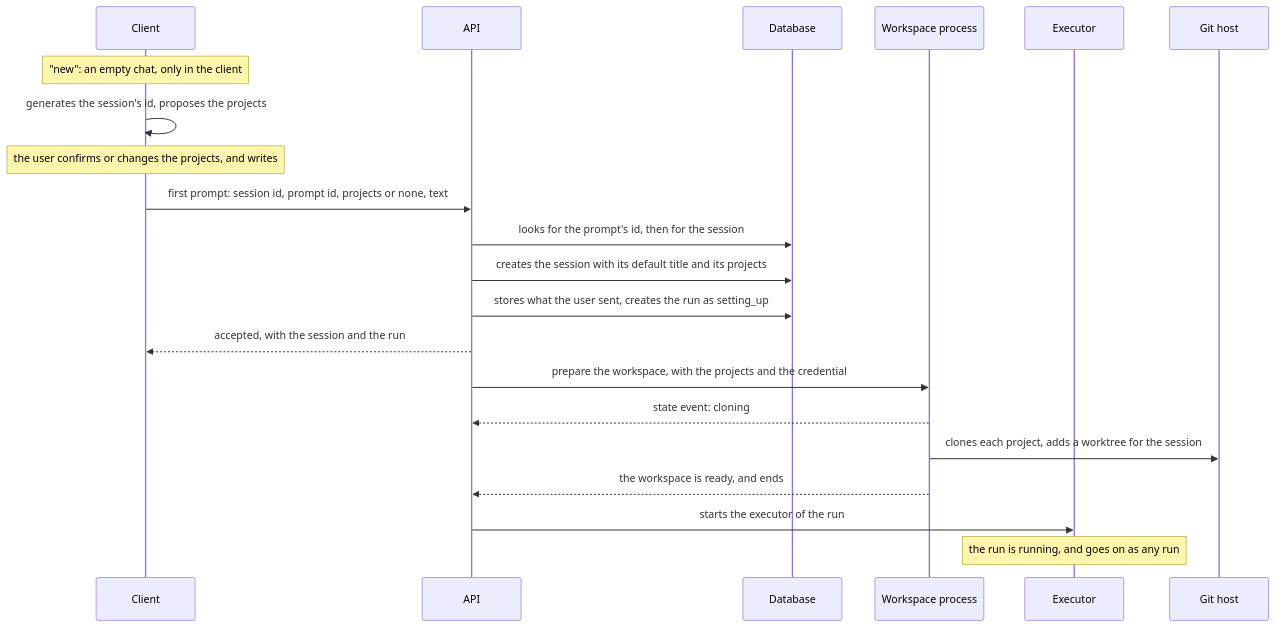
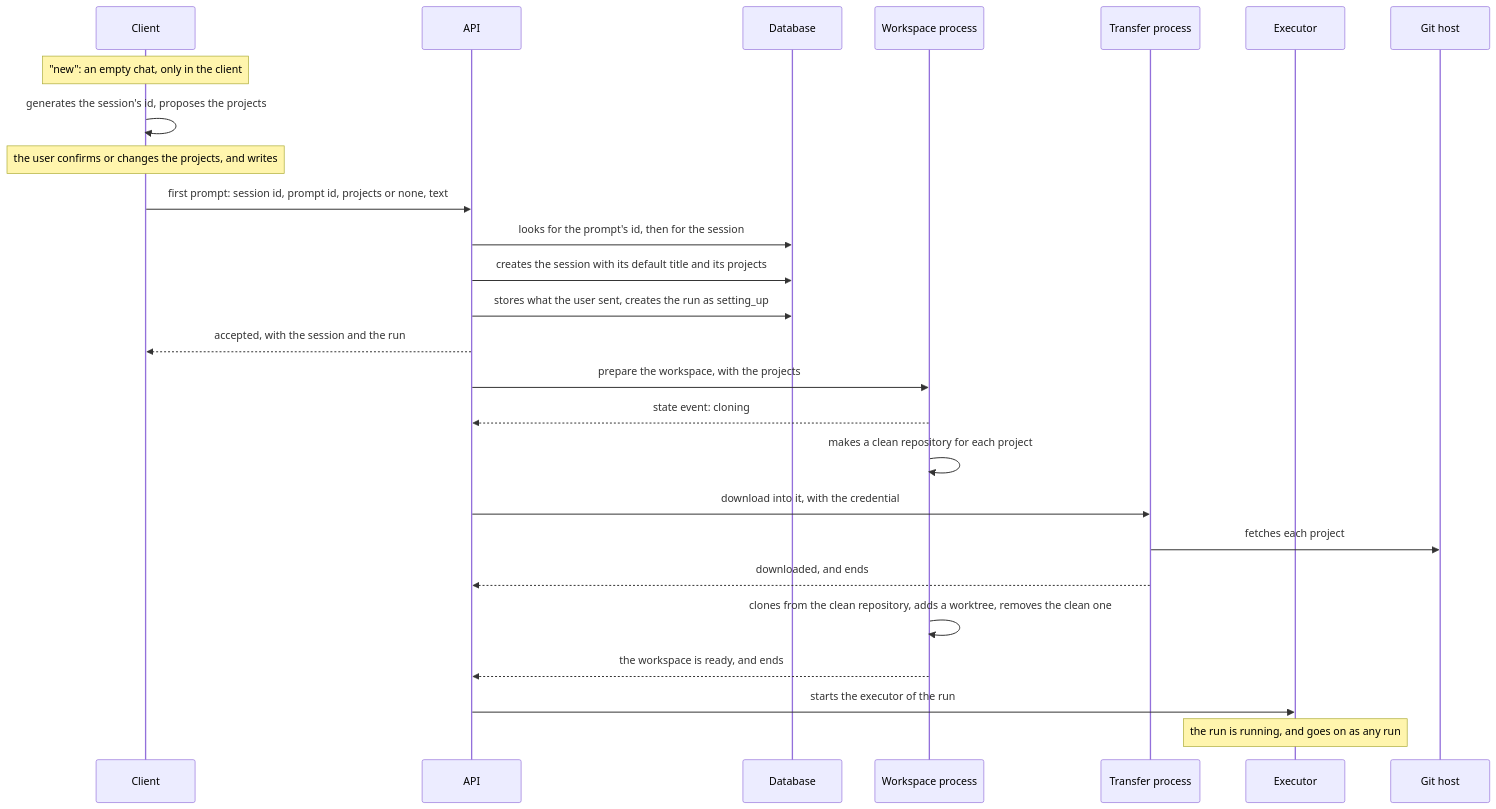
The diagram in flows/create-session.md (Mikode13/harness-docs), drawn with Mermaid before and after one commit. The commit also changed other lines of this file and 7 other files, not shown here.

First line of the commit message:
docs: give the git credential only to a transfer process

````diff
--- a/flows/create-session.md
+++ b/flows/create-session.md
@@ -12,26 +12,31 @@
 ```mermaid
 sequenceDiagram
     participant C as Client
     participant A as API
     participant D as Database
     participant W as Workspace process
+    participant T as Transfer process
     participant E as Executor
     participant G as Git host
 
     Note over C: "new": an empty chat, only in the client
     C->>C: generates the session's id, proposes the projects
     Note over C: the user confirms or changes the projects, and writes
 
     C->>A: first prompt: session id, prompt id, projects or none, text
     A->>D: looks for the prompt's id, then for the session
     A->>D: creates the session with its default title and its projects
     A->>D: stores what the user sent, creates the run as setting_up
     A-->>C: accepted, with the session and the run
 
-    A->>W: prepare the workspace, with the projects and the credential
+    A->>W: prepare the workspace, with the projects
     W-->>A: state event: cloning
-    W->>G: clones each project, adds a worktree for the session
+    W->>W: makes a clean repository for each project
+    A->>T: download into it, with the credential
+    T->>G: fetches each project
+    T-->>A: downloaded, and ends
+    W->>W: clones from the clean repository, adds a worktree, removes the clean one
     W-->>A: the workspace is ready, and ends
     A->>E: starts the executor of the run
     Note over E: the run is running, and goes on as any run
 ```
````
